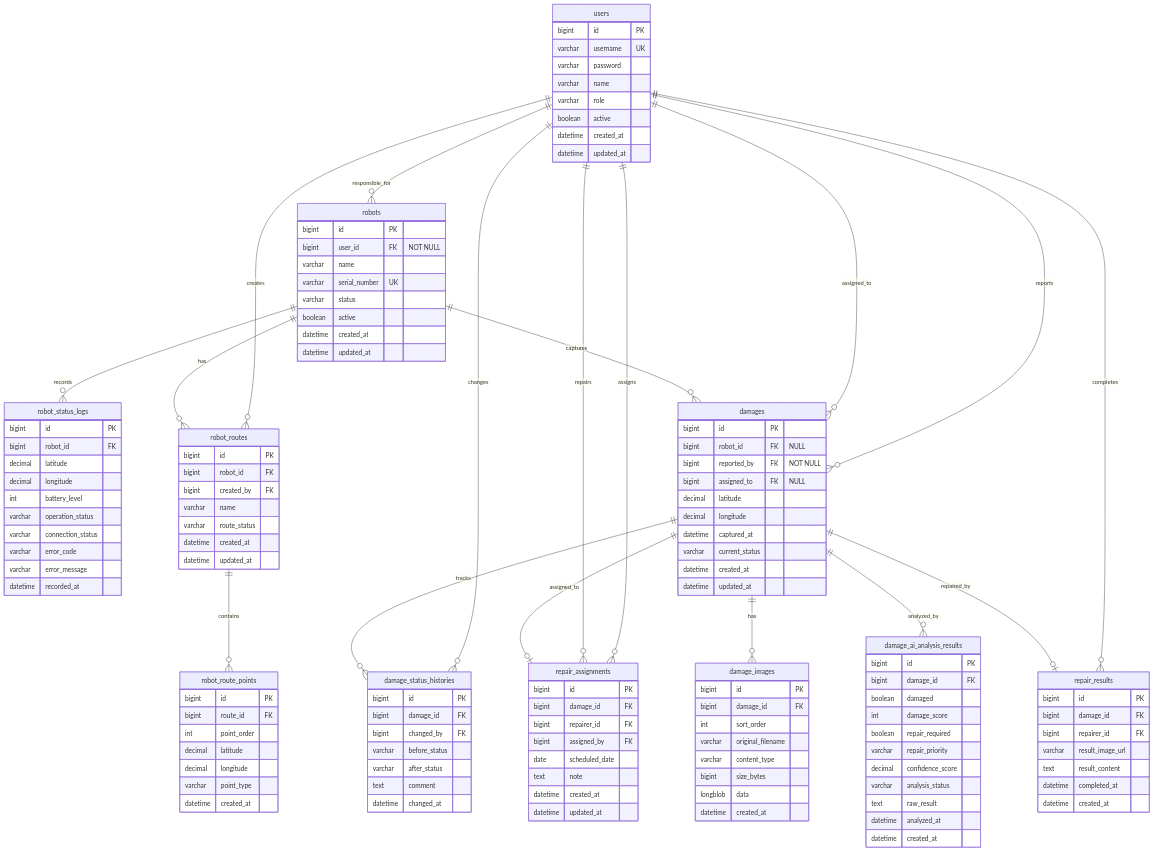
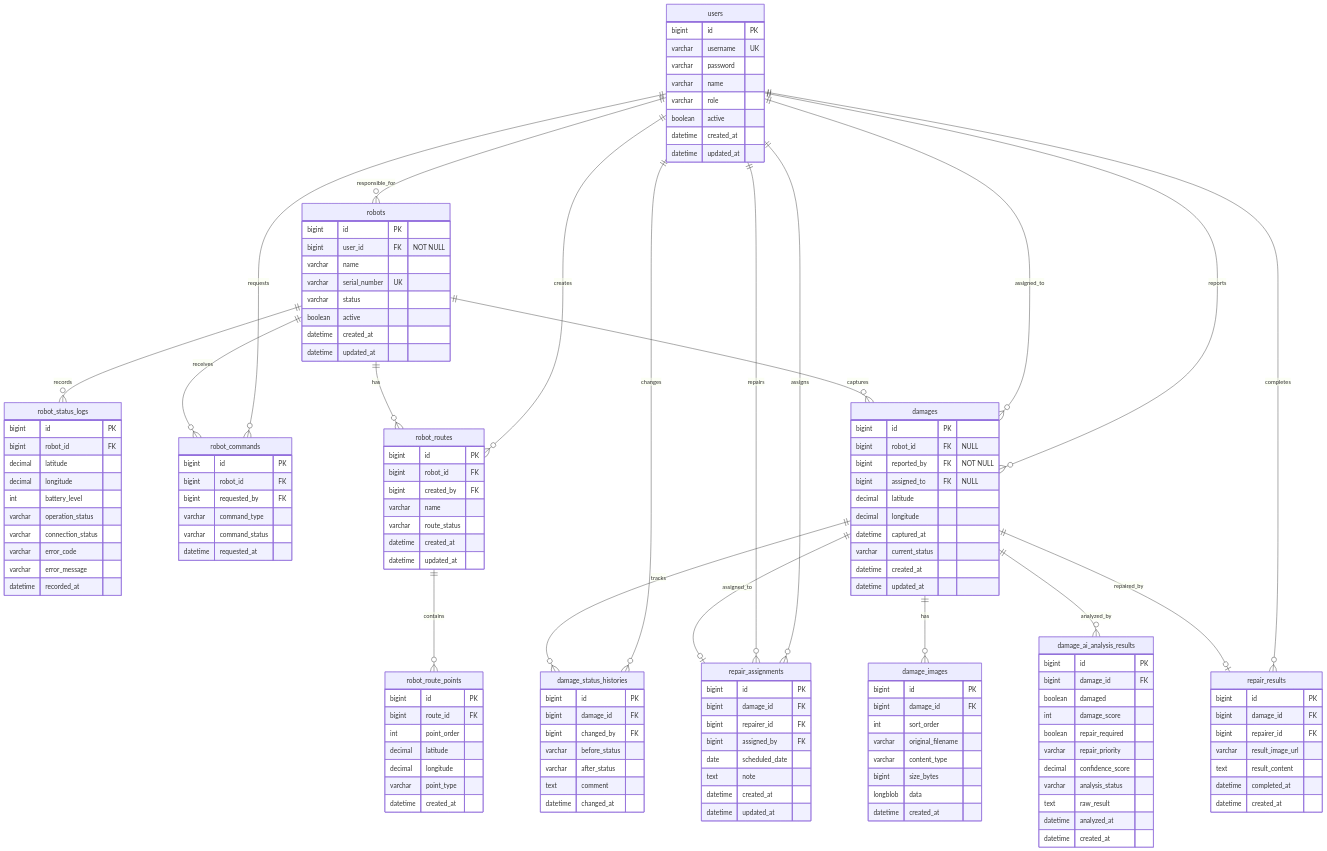
The diagram in Roady_BE/docs/erd.md (kky107102/Roady), drawn with Mermaid before and after one commit. The commit also changed other lines of this file and 11 other files, not shown here.

```diff
--- a/Roady_BE/docs/erd.md
+++ b/Roady_BE/docs/erd.md
@@ -76,6 +79,15 @@
         varchar error_code
         varchar error_message
         datetime recorded_at
+    }
+
+    robot_commands {
+        bigint id PK
+        bigint robot_id FK
+        bigint requested_by FK
+        varchar command_type
+        varchar command_status
+        datetime requested_at
     }
 
     robot_routes {
@@ -173,10 +185,12 @@
     users ||--o{ repair_assignments : repairs
     users ||--o{ repair_results : completes
     users ||--o{ robots : responsible_for
+    users ||--o{ robot_commands : requests
     users ||--o{ damages : reports
     users ||--o{ damages : assigned_to
 
     robots ||--o{ robot_status_logs : records
+    robots ||--o{ robot_commands : receives
     robots ||--o{ robot_routes : has
     robots ||--o{ damages : captures
 
```
